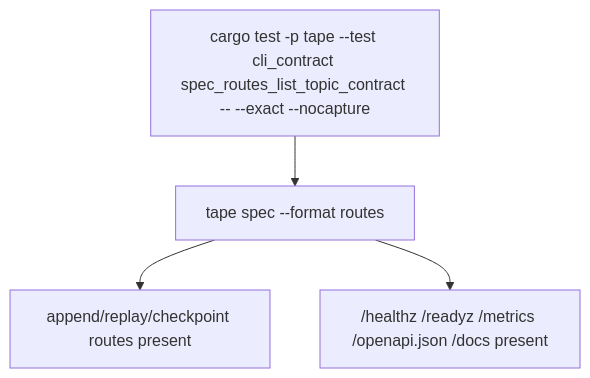
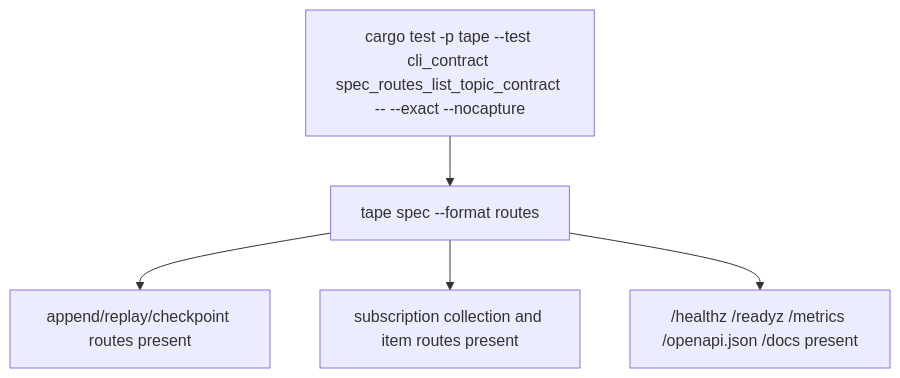
One commit to chrischeng-c4/axiom changed the diagram in apps/tape/tech-design/semantic/source/apps-tape-src-spec-rs.md. Above: the diagram before and after it, drawn with Mermaid. The commit also changed other lines of this file and 4 other files, not shown here.

````diff
--- a/apps/tape/tech-design/semantic/source/apps-tape-src-spec-rs.md
+++ b/apps/tape/tech-design/semantic/source/apps-tape-src-spec-rs.md
@@ -56,9 +74,10 @@
 ```mermaid
 ---
 id: tape-td-flow
 ---
 flowchart TD
     test["cargo test -p tape --test cli_contract spec_routes_list_topic_contract -- --exact --nocapture"] --> routes["tape spec --format routes"]
     routes --> topic["append/replay/checkpoint routes present"]
+    routes --> subscriptions["subscription collection and item routes present"]
     routes --> ops["/healthz /readyz /metrics /openapi.json /docs present"]
 ```
````
